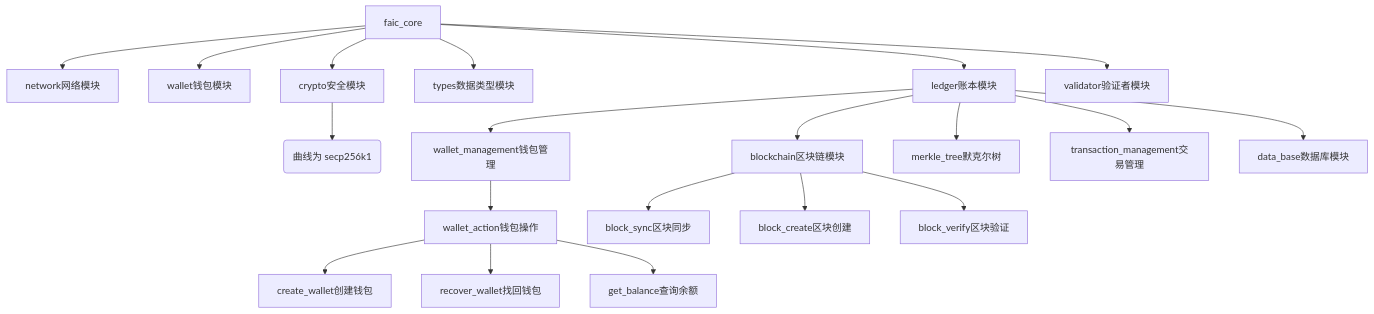
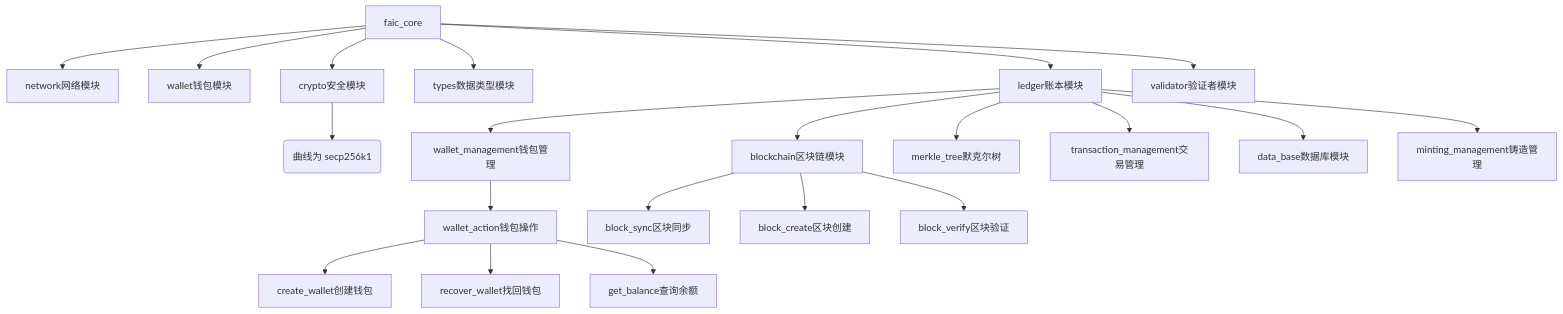
Before and after one commit to AutumnWGate/Free_AI_Chain: the diagram in docs/FAIC_MVP01版本说明.md, drawn with Mermaid. The commit also changed other lines of this file and 23 other files, not shown here.

````diff
--- a/docs/FAIC_MVP01版本说明.md
+++ b/docs/FAIC_MVP01版本说明.md
@@ -18,22 +18,23 @@
 ```mermaid
 graph TD
     faic_core --> network网络模块
     faic_core --> wallet钱包模块
     faic_core --> ledger账本模块
     faic_core --> types数据类型模块
     faic_core --> crypto安全模块
     faic_core --> validator验证者模块
     crypto安全模块 --> ECDSA加密算法(曲线为 secp256k1)
     ledger账本模块 --> wallet_management钱包管理
     ledger账本模块 --> blockchain区块链模块
     ledger账本模块 --> merkle_tree默克尔树
     ledger账本模块 --> transaction_management交易管理
     ledger账本模块 --> data_base数据库模块
+    ledger账本模块 --> minting_management铸造管理
     wallet_management钱包管理 --> wallet_action钱包操作
     wallet_action钱包操作 --> create_wallet创建钱包
     wallet_action钱包操作 --> recover_wallet找回钱包
     wallet_action钱包操作 --> get_balance查询余额
     blockchain区块链模块 --> block_sync区块同步
     blockchain区块链模块 --> block_create区块创建
     blockchain区块链模块 --> block_verify区块验证
 ```
````
